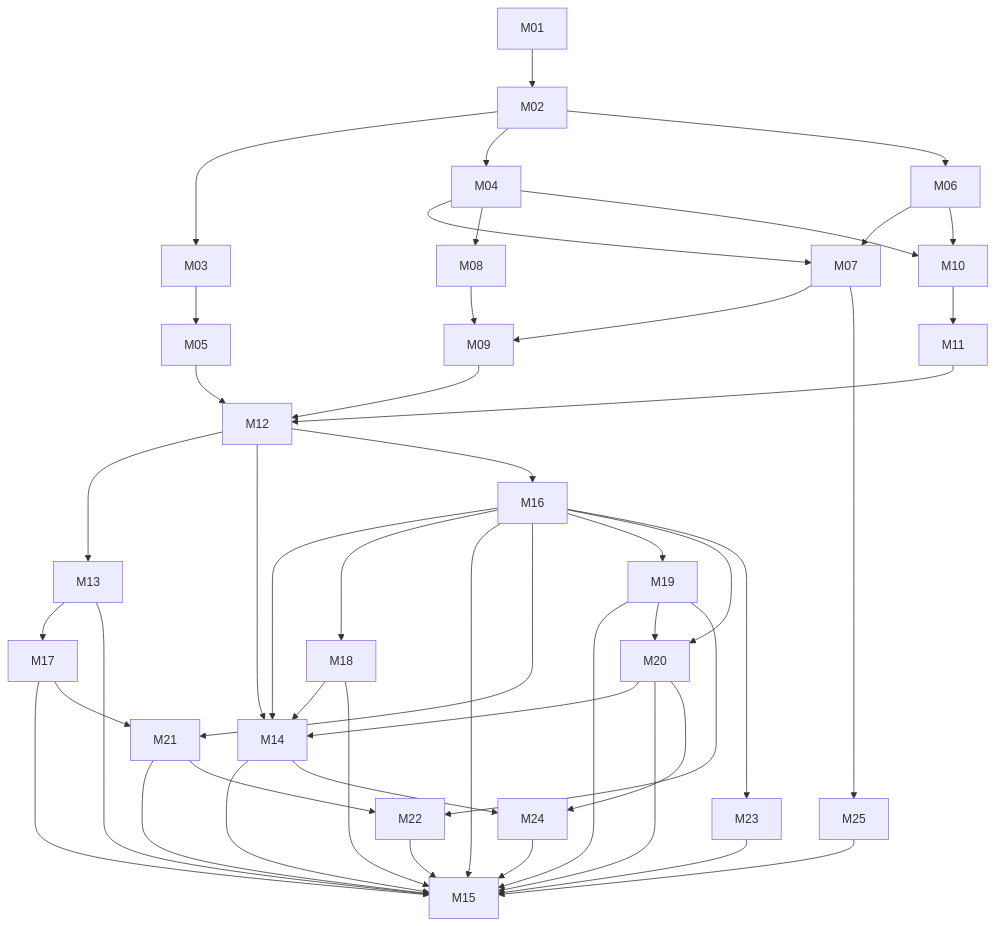
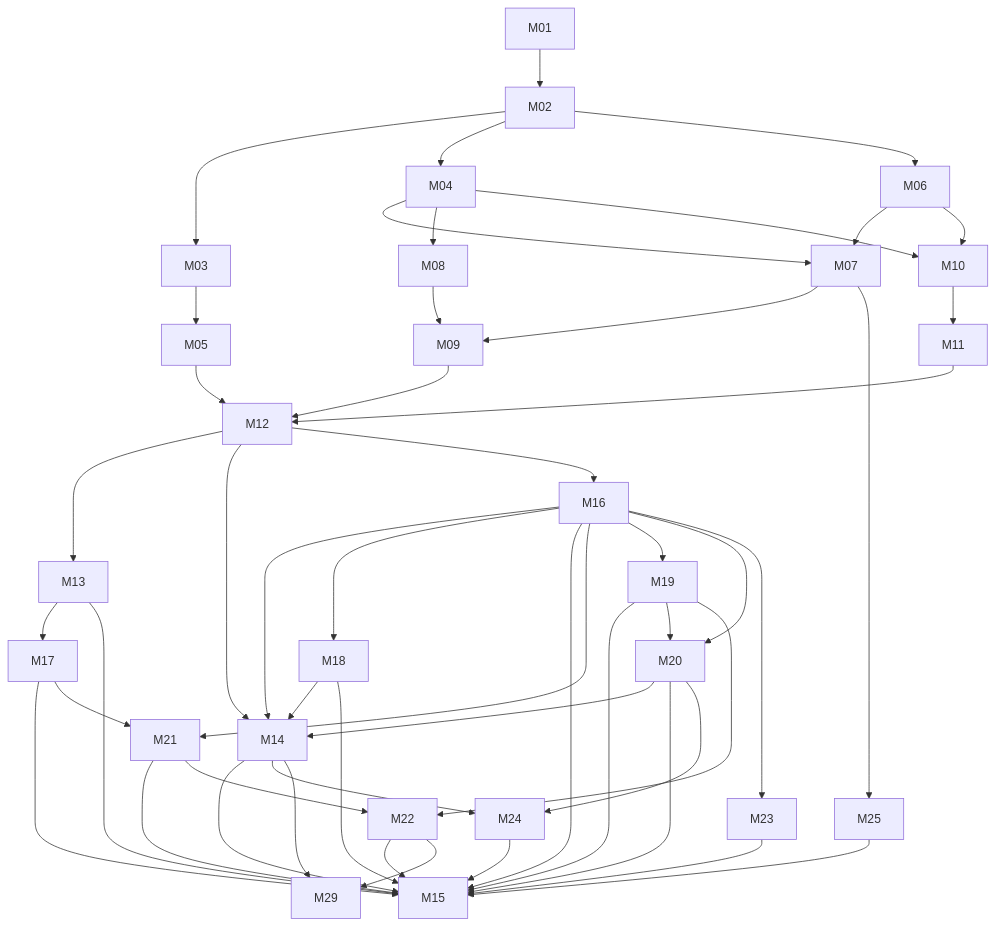
Before and after one commit to KomplexMojo/NordicAim: the diagram in docs/milestones/README.md, drawn with Mermaid. The commit also changed other lines of this file and 2 other files, not shown here.

````diff
--- a/docs/milestones/README.md
+++ b/docs/milestones/README.md
@@ -44,49 +45,51 @@
 ```mermaid
 flowchart TD
   M01 --> M02
   M02 --> M03 --> M05
   M02 --> M04
   M02 --> M06
   M04 --> M07
   M06 --> M07
   M04 --> M08
   M07 --> M09
   M08 --> M09
   M04 --> M10
   M06 --> M10
   M10 --> M11
   M05 --> M12
   M09 --> M12
   M11 --> M12
   M12 --> M13
   M12 --> M14
   M12 --> M16
   M13 --> M17
   M16 --> M14
   M16 --> M18
   M18 --> M14
   M18 --> M15
   M13 --> M15
   M14 --> M15
   M16 --> M15
   M17 --> M15
   M16 --> M21
   M17 --> M21
   M21 --> M15
   M16 --> M19
   M19 --> M15
   M16 --> M20
   M19 --> M20
   M20 --> M14
   M20 --> M15
   M19 --> M22
   M21 --> M22
   M16 --> M23
   M14 --> M24
   M20 --> M24
   M07 --> M25
   M22 --> M15
   M23 --> M15
   M24 --> M15
   M25 --> M15
+  M14 --> M29
+  M22 --> M29
 ```
````
